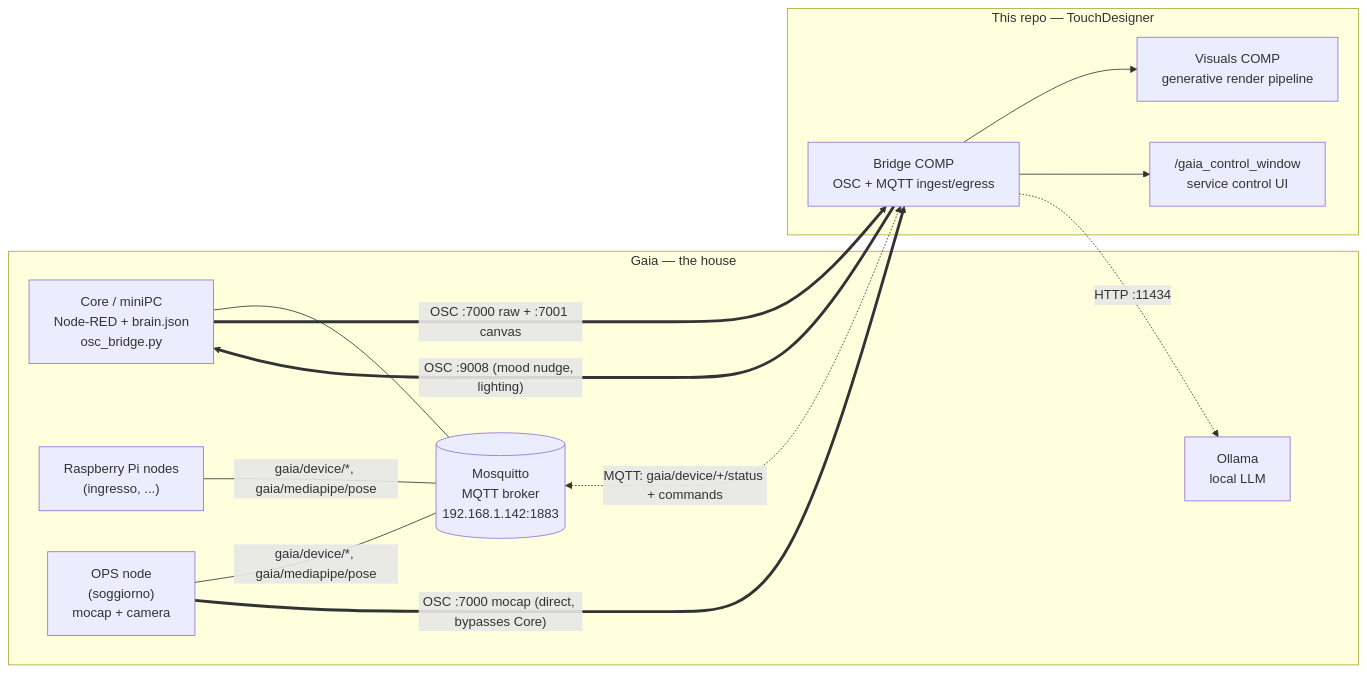
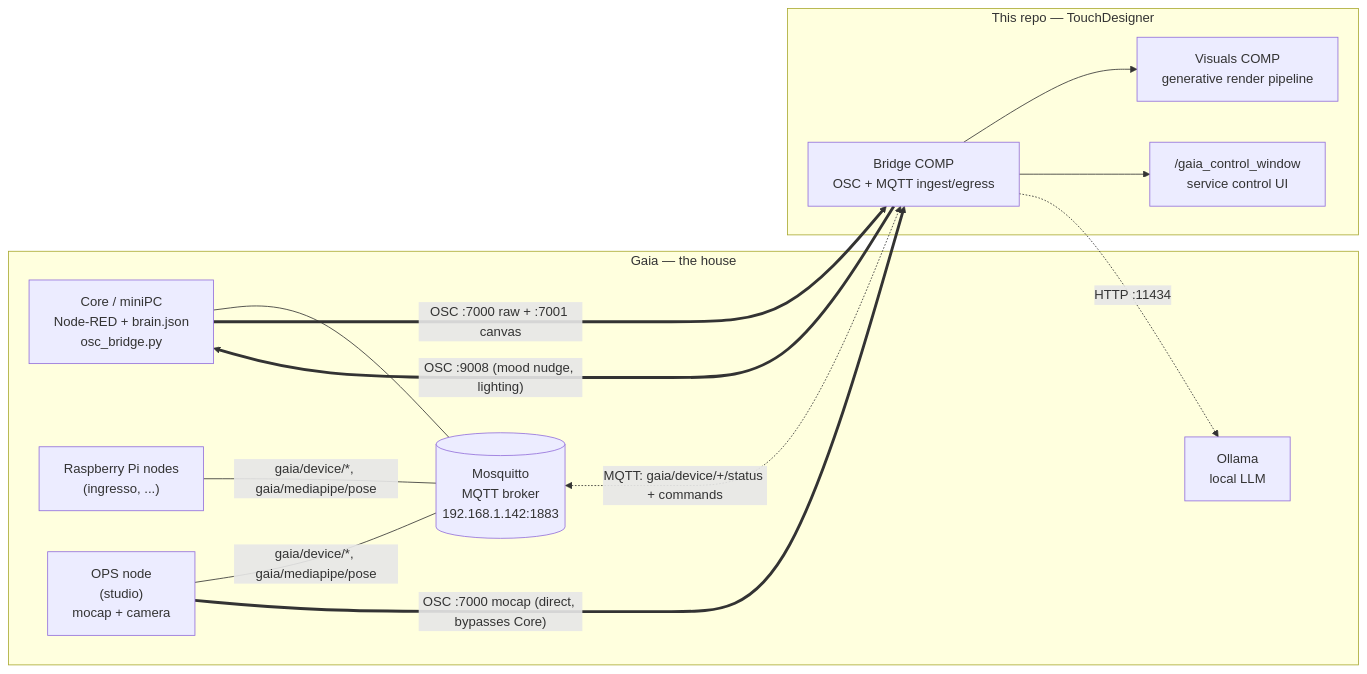
The first of 6 diagrams in ARCHITECTURE.md (vsvisualsubstance-source/TD4Gaia), drawn with Mermaid before and after one commit. The commit also changed other lines of this file and 5 other files, not shown here.

````diff
--- a/ARCHITECTURE.md
+++ b/ARCHITECTURE.md
@@ -9,27 +9,27 @@
 ```mermaid
 flowchart LR
     subgraph House["Gaia — the house"]
         Core["Core / miniPC\nNode-RED + brain.json\nosc_bridge.py"]
         Broker[("Mosquitto\nMQTT broker\n192.168.1.142:1883")]
         Ollama["Ollama\nlocal LLM"]
         Pi["Raspberry Pi nodes\n(ingresso, ...)"]
-        OPS["OPS node\n(soggiorno)\nmocap + camera"]
+        OPS["OPS node\n(studio)\nmocap + camera"]
         Core --- Broker
         Pi -- "gaia/device/*, gaia/mediapipe/pose" --- Broker
         OPS -- "gaia/device/*, gaia/mediapipe/pose" --- Broker
     end
 
     subgraph TD["This repo — TouchDesigner"]
         Bridge["Bridge COMP\nOSC + MQTT ingest/egress"]
         Visuals["Visuals COMP\ngenerative render pipeline"]
         Window["/gaia_control_window\nservice control UI"]
         Bridge --> Visuals
         Bridge --> Window
     end
 
     Core == "OSC :7000 raw + :7001 canvas" ==> Bridge
     Bridge == "OSC :9008 (mood nudge, lighting)" ==> Core
     OPS == "OSC :7000 mocap (direct, bypasses Core)" ==> Bridge
     Broker <-. "MQTT: gaia/device/+/status + commands" .-> Bridge
     Bridge -. "HTTP :11434" .-> Ollama
 ```
````
